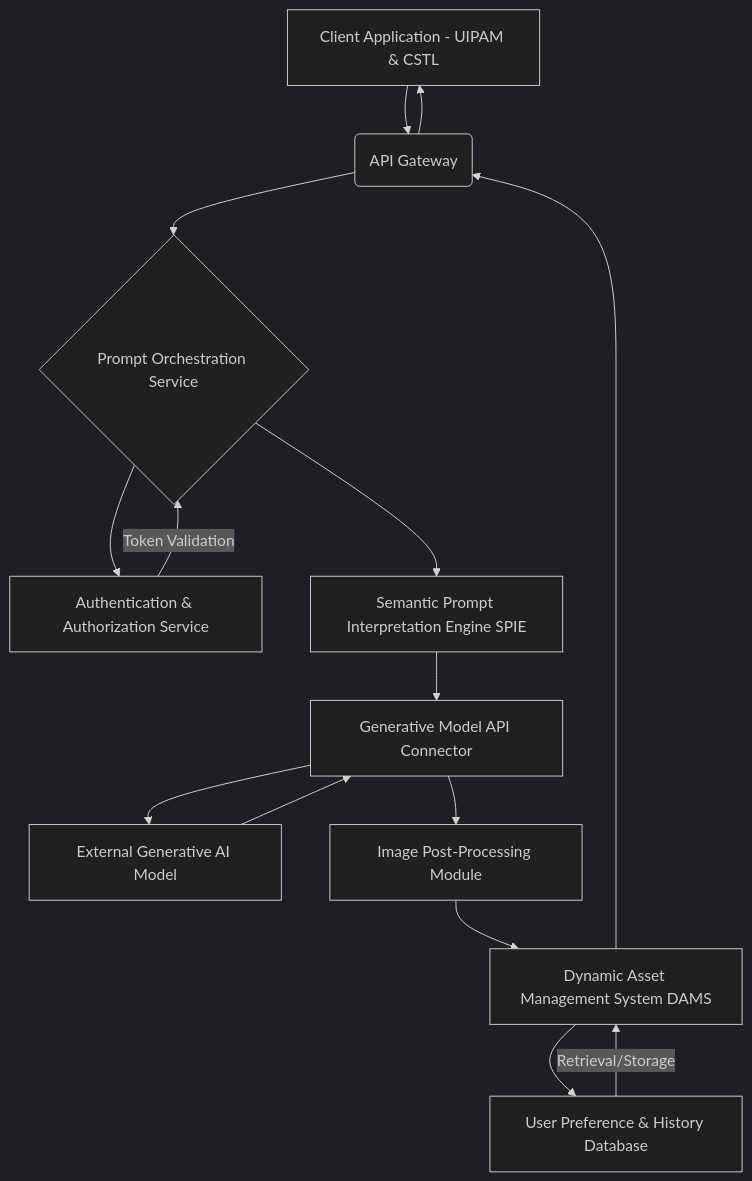
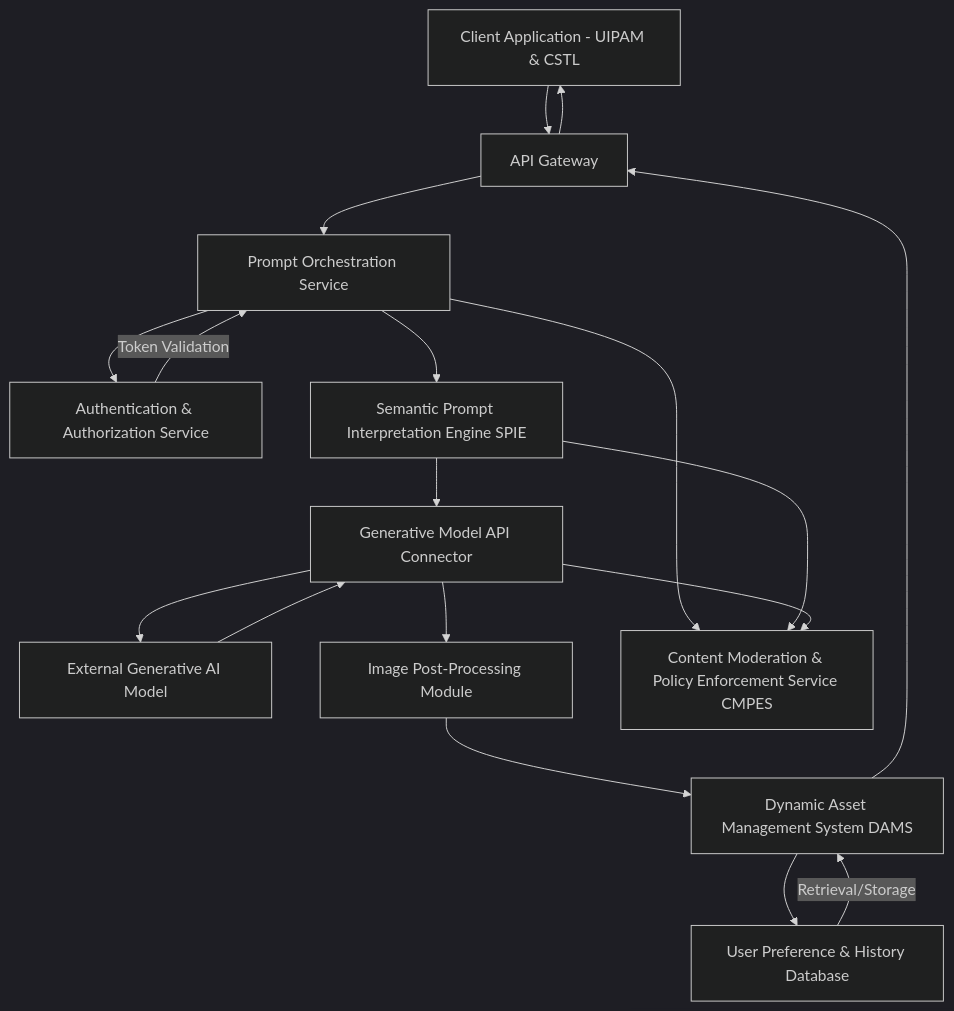
One commit to diplomat-bit/Citibank_Demo_Business_Inc_Demonstration- changed the first of 2 diagrams in inventions/001_generative_ui_background.md. Above: the diagram before and after it, drawn with Mermaid (dark theme). The commit also changed other lines of this file, not shown here.

````diff
--- a/inventions/001_generative_ui_background.md
+++ b/inventions/001_generative_ui_background.md
@@ -38,17 +42,20 @@
 ```mermaid
 graph TD
-    A[Client Application - UIPAM & CSTL] --> B(API Gateway)
-    B --> C{Prompt Orchestration Service}
+    A[Client Application - UIPAM & CSTL] --> B[API Gateway]
+    B --> C[Prompt Orchestration Service]
     C --> D[Authentication & Authorization Service]
     C --> E[Semantic Prompt Interpretation Engine SPIE]
     E --> F[Generative Model API Connector]
     F --> G[External Generative AI Model]
     G --> F
     F --> H[Image Post-Processing Module]
     H --> I[Dynamic Asset Management System DAMS]
     I --> J[User Preference & History Database]
     I --> B
     B --> A
     D -- Token Validation --> C
     J -- Retrieval/Storage --> I
+    C --> K[Content Moderation & Policy Enforcement Service CMPES]
+    E --> K
+    F --> K
 ```
````
